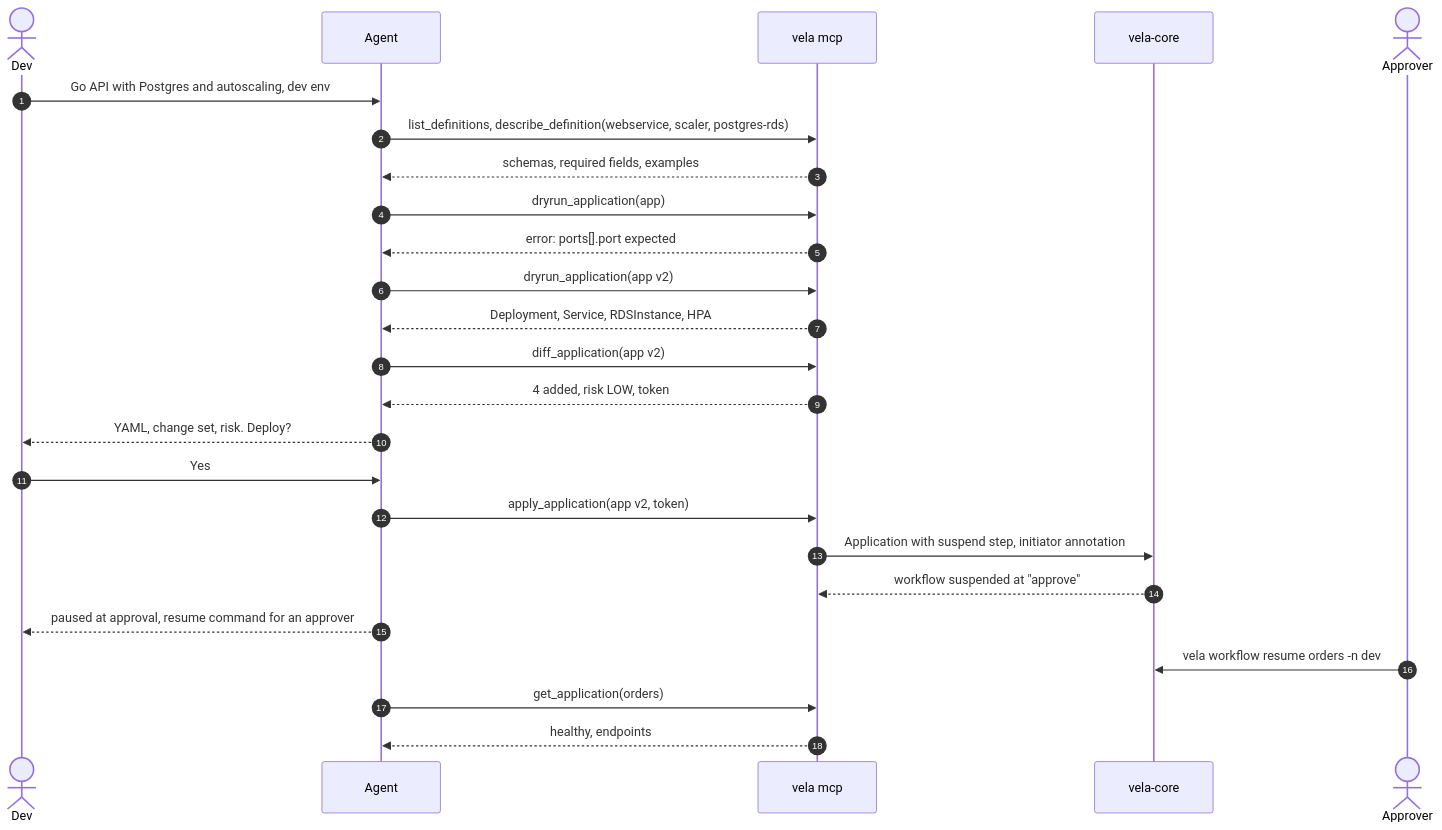
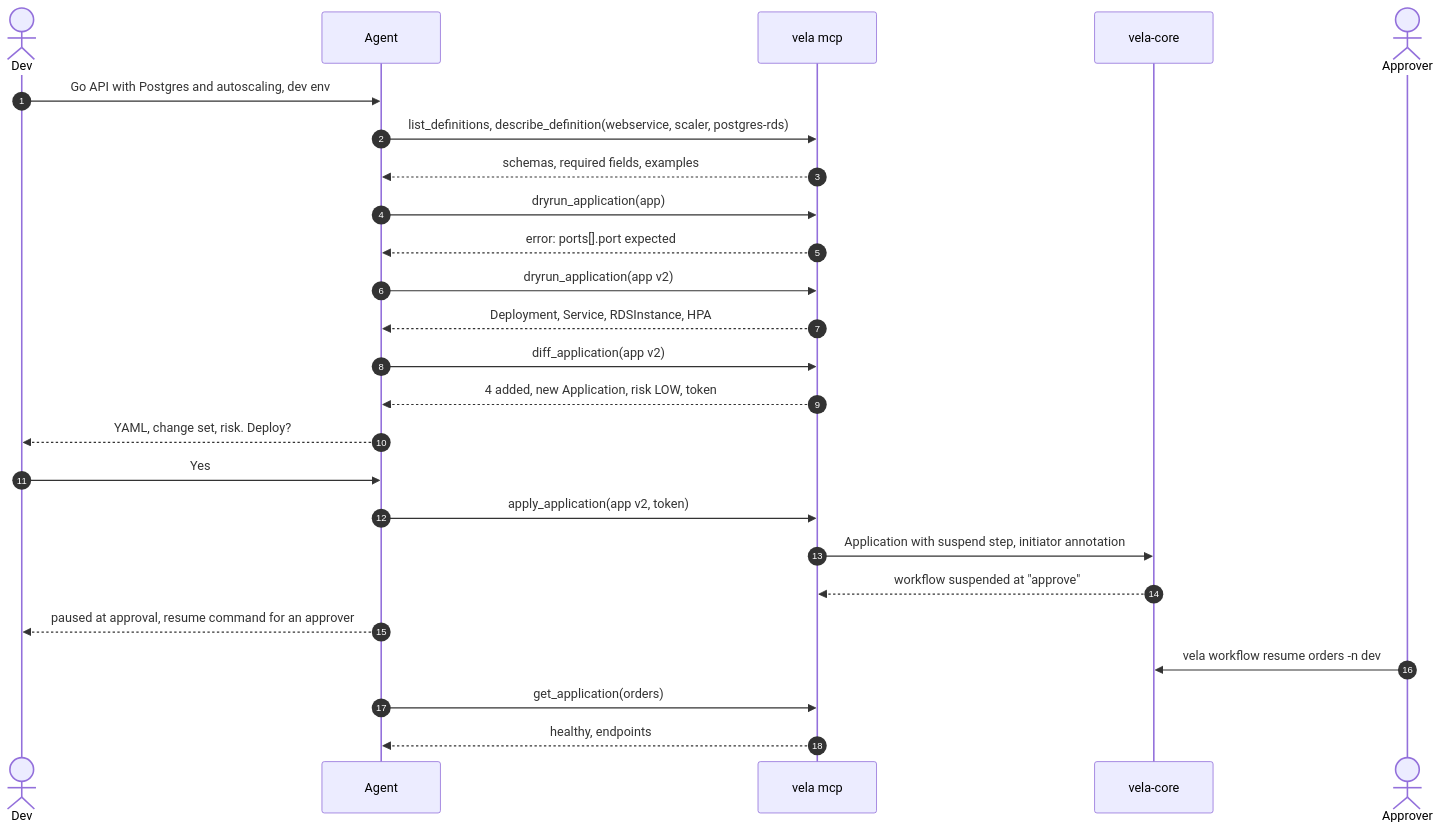
One commit to kubevela/kubevela changed the second of 2 diagrams in design/vela-cli/kep-vela-mcp.md. Above: the diagram before and after it, drawn with Mermaid. The commit also changed other lines of this file, not shown here.

````diff
--- a/design/vela-cli/kep-vela-mcp.md
+++ b/design/vela-cli/kep-vela-mcp.md
@@ -357,27 +376,27 @@
 ```mermaid
 sequenceDiagram
     autonumber
     actor Dev
     participant Agent
     participant MCP as vela mcp
     participant K as vela-core
     actor Approver
     Dev->>Agent: Go API with Postgres and autoscaling, dev env
     Agent->>MCP: list_definitions, describe_definition(webservice, scaler, postgres-rds)
     MCP-->>Agent: schemas, required fields, examples
     Agent->>MCP: dryrun_application(app)
     MCP-->>Agent: error: ports[].port expected
     Agent->>MCP: dryrun_application(app v2)
     MCP-->>Agent: Deployment, Service, RDSInstance, HPA
     Agent->>MCP: diff_application(app v2)
-    MCP-->>Agent: 4 added, risk LOW, token
+    MCP-->>Agent: 4 added, new Application, risk LOW, token
     Agent-->>Dev: YAML, change set, risk. Deploy?
     Dev->>Agent: Yes
     Agent->>MCP: apply_application(app v2, token)
     MCP->>K: Application with suspend step, initiator annotation
     K-->>MCP: workflow suspended at "approve"
     Agent-->>Dev: paused at approval, resume command for an approver
     Approver->>K: vela workflow resume orders -n dev
     Agent->>MCP: get_application(orders)
     MCP-->>Agent: healthy, endpoints
 ```
````
